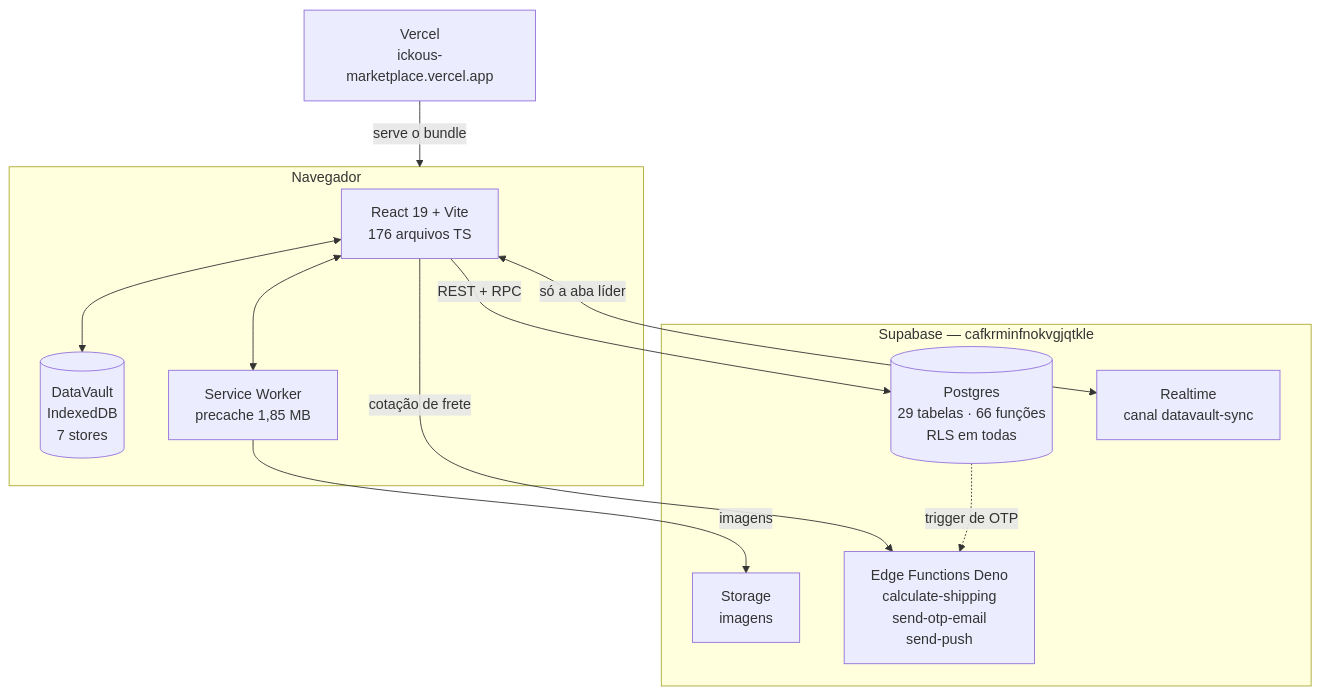
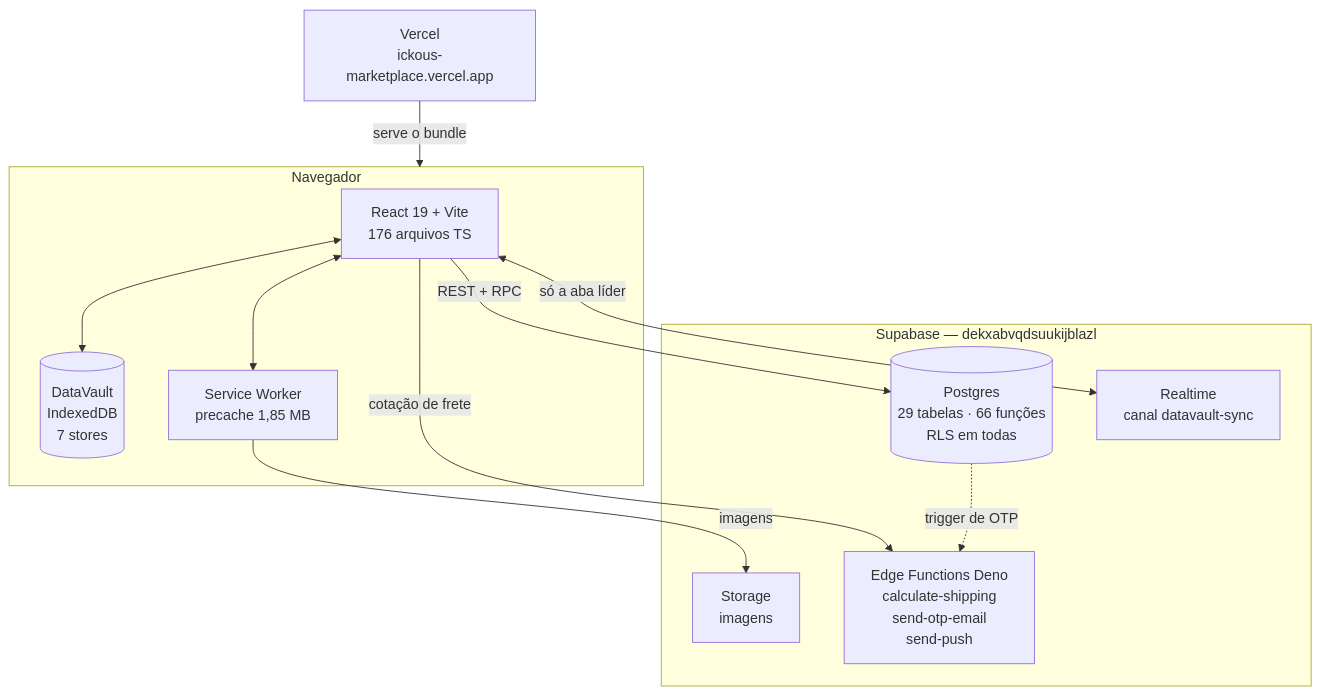
Before and after one commit to BielWeed/ikcous-marketplace: the diagram in docs/onboarding/01-VISAO-GERAL.md, drawn with Mermaid. The commit also changed 19 other files, not shown here.

````diff
--- a/docs/onboarding/01-VISAO-GERAL.md
+++ b/docs/onboarding/01-VISAO-GERAL.md
@@ -52,24 +52,24 @@
 ```mermaid
 flowchart TB
     subgraph nav["Navegador"]
         R["React 19 + Vite<br/>176 arquivos TS"]
         IDB[("DataVault<br/>IndexedDB<br/>7 stores")]
         SW["Service Worker<br/>precache 1,85 MB"]
         R <--> IDB
         R <--> SW
     end
 
-    subgraph sb["Supabase — cafkrminfnokvgjqtkle"]
+    subgraph sb["Supabase — dekxabvqdsuukijblazl"]
         PG[("Postgres<br/>29 tabelas · 66 funções<br/>RLS em todas")]
         RT["Realtime<br/>canal datavault-sync"]
         ST["Storage<br/>imagens"]
         EF["Edge Functions Deno<br/>calculate-shipping<br/>send-otp-email<br/>send-push"]
     end
 
     R -->|"REST + RPC"| PG
     R <-->|"só a aba líder"| RT
     SW -->|"imagens"| ST
     R -->|"cotação de frete"| EF
     PG -.->|"trigger de OTP"| EF
     V["Vercel<br/>ickous-marketplace.vercel.app"] -->|"serve o bundle"| nav
 ```
````
